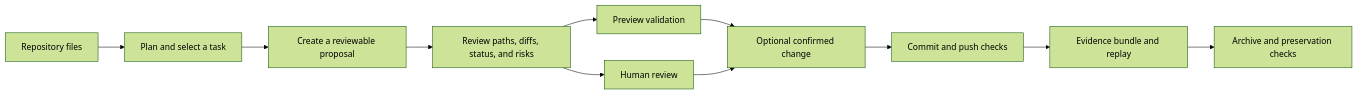
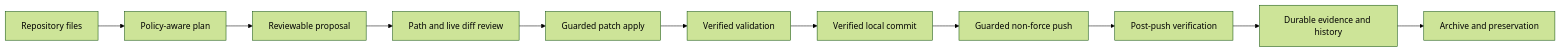
Before and after one commit to OmarH-creator/Autonomous-Forge: the diagram in README.md, drawn with Mermaid (forest theme). The commit also changed other lines of this file, not shown here.

Commit message:
auto: [AUTO-154] update current autonomous status

````diff
--- a/README.md
+++ b/README.md
@@ -23,13 +9,13 @@
 ```mermaid
 flowchart LR
-    A[Repository files] --> B[Plan and select a task]
-    B --> C[Create a reviewable proposal]
-    C --> D[Review paths, diffs, status, and risks]
-    D --> E[Preview validation]
-    E --> F[Optional confirmed change]
-    F --> G[Commit and push checks]
-    G --> H[Evidence bundle and replay]
-    H --> I[Archive and preservation checks]
-    D --> J[Human review]
-    J --> F
+    A[Repository files] --> B[Policy-aware plan]
+    B --> C[Reviewable proposal]
+    C --> D[Path and live diff review]
+    D --> E[Guarded patch apply]
+    E --> F[Verified validation]
+    F --> G[Verified local commit]
+    G --> H[Guarded non-force push]
+    H --> I[Post-push verification]
+    I --> J[Durable evidence and history]
+    J --> K[Archive and preservation]
 ```
````
